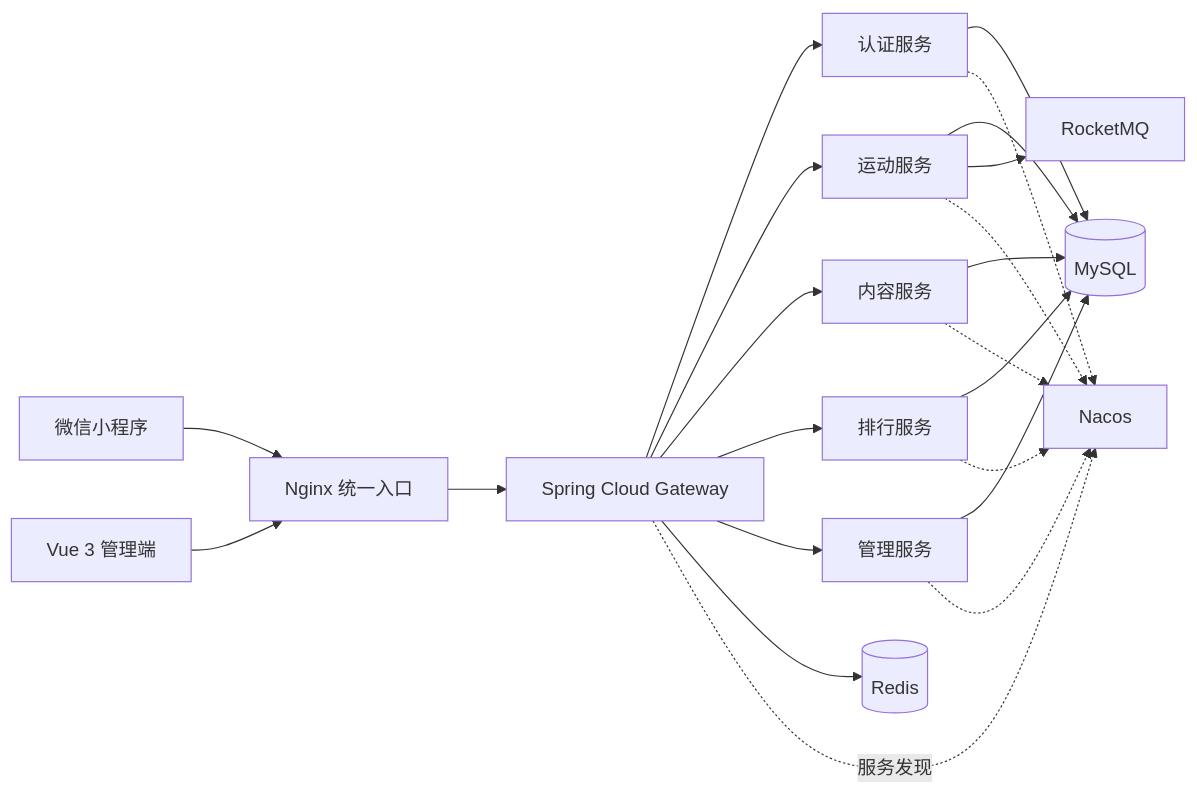
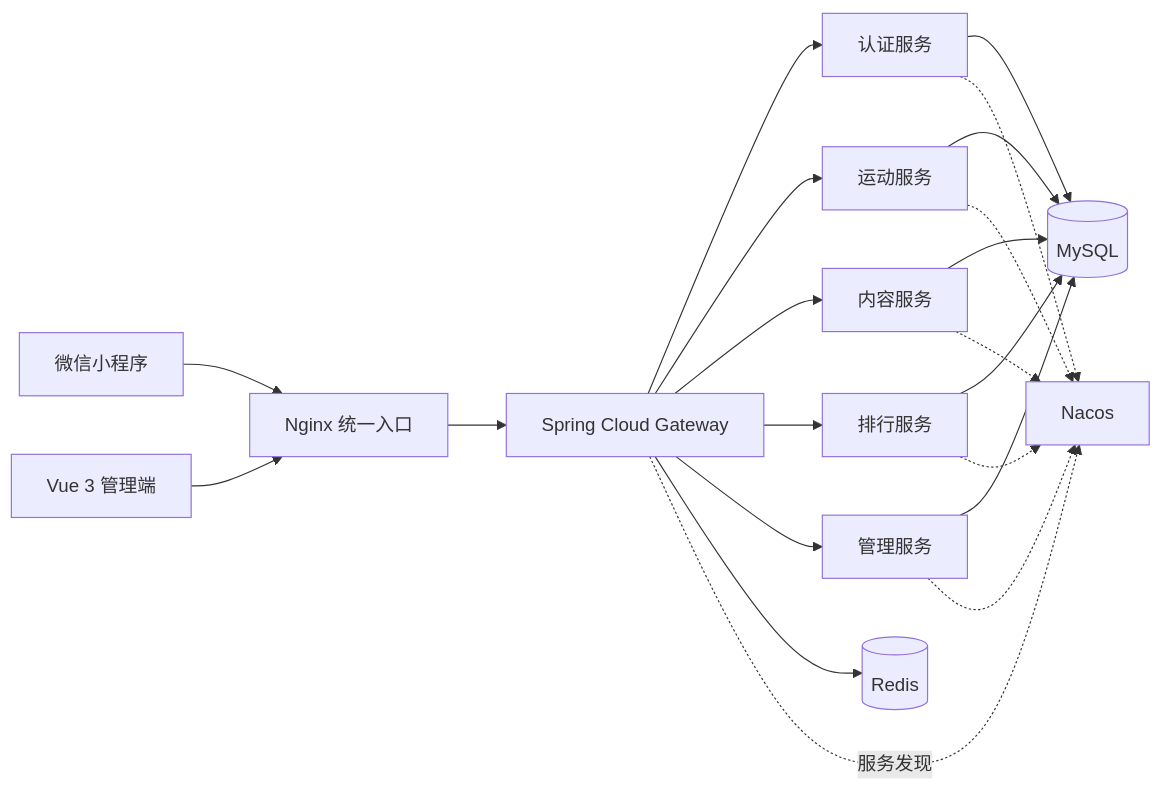
Before and after one commit to deathcmd/changzheng: the diagram in README.md, drawn with Mermaid. The commit also changed other lines of this file and 100 other files, not shown here.

````diff
--- a/README.md
+++ b/README.md
@@ -35,26 +35,25 @@
 ```mermaid
 flowchart LR
     Mini["微信小程序"] --> Entry["Nginx 统一入口"]
     AdminWeb["Vue 3 管理端"] --> Entry
     Entry --> Gateway["Spring Cloud Gateway"]
 
     Gateway --> Auth["认证服务"]
     Gateway --> Sport["运动服务"]
     Gateway --> Content["内容服务"]
     Gateway --> Rank["排行服务"]
     Gateway --> Admin["管理服务"]
 
     Auth --> MySQL[("MySQL")]
     Sport --> MySQL
     Content --> MySQL
     Rank --> MySQL
     Admin --> MySQL
-    Sport --> MQ["RocketMQ"]
     Gateway --> Redis[("Redis")]
     Gateway -. "服务发现" .-> Nacos["Nacos"]
     Auth -.-> Nacos
     Sport -.-> Nacos
     Content -.-> Nacos
     Rank -.-> Nacos
     Admin -.-> Nacos
 ```
````
